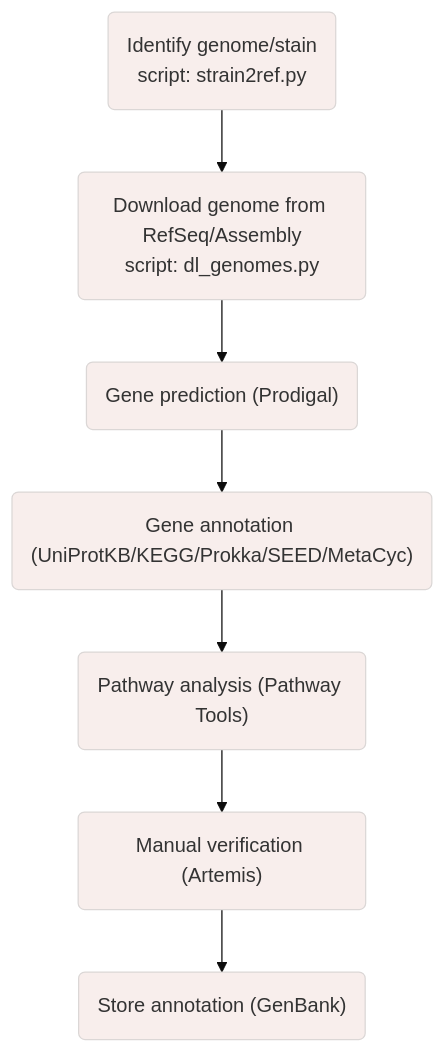
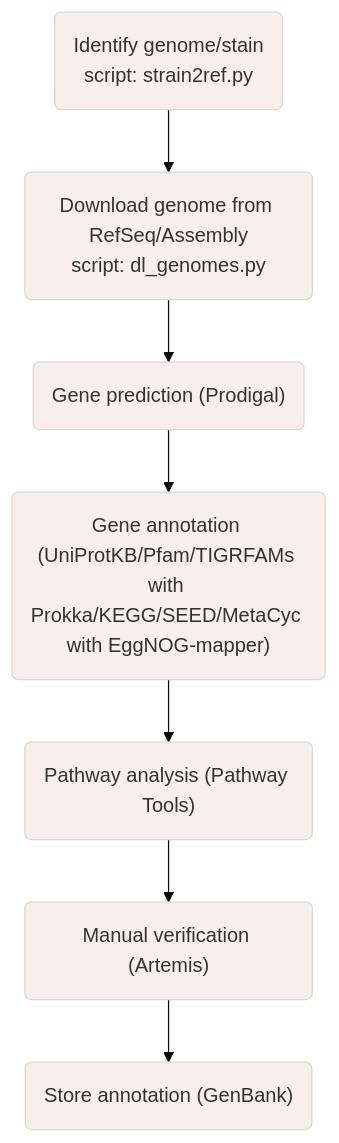
Before and after one commit to MaximeNaour/GenoTools: the diagram in README.md, drawn with Mermaid.

````diff
--- a/README.md
+++ b/README.md
@@ -3,16 +3,16 @@
 ```mermaid
 %%{init: {'theme': 'base', 'themeVariables': { 'primaryColor': '#f8eeec', 'edgeLabelBackground':'#ffffff'}}}%%
 
 flowchart TB;
 linkStyle default interpolate basis
 classDef exClass font-style:bold;
 classDef exClass font-size:16px;
 
 A("<font size=3>Identify genome/stain<br>script: strain2ref.py") --> B("<font size=3>Download genome from RefSeq/Assembly<br>script: dl_genomes.py");
 B --> C("<font size=3>Gene prediction (Prodigal)");
-C --> D("<font size=3>Gene annotation (UniProtKB/KEGG/Prokka/SEED/MetaCyc)");
+C --> D("<font size=3>Gene annotation (UniProtKB/Pfam/TIGRFAMs with Prokka/KEGG/SEED/MetaCyc with EggNOG-mapper)");
 D --> E("<font size=3>Pathway analysis (Pathway Tools)");
 E --> F("<font size=3>Manual verification (Artemis)");
 F --> G("<font size=3>Store annotation (GenBank)");
 
 ```
````
